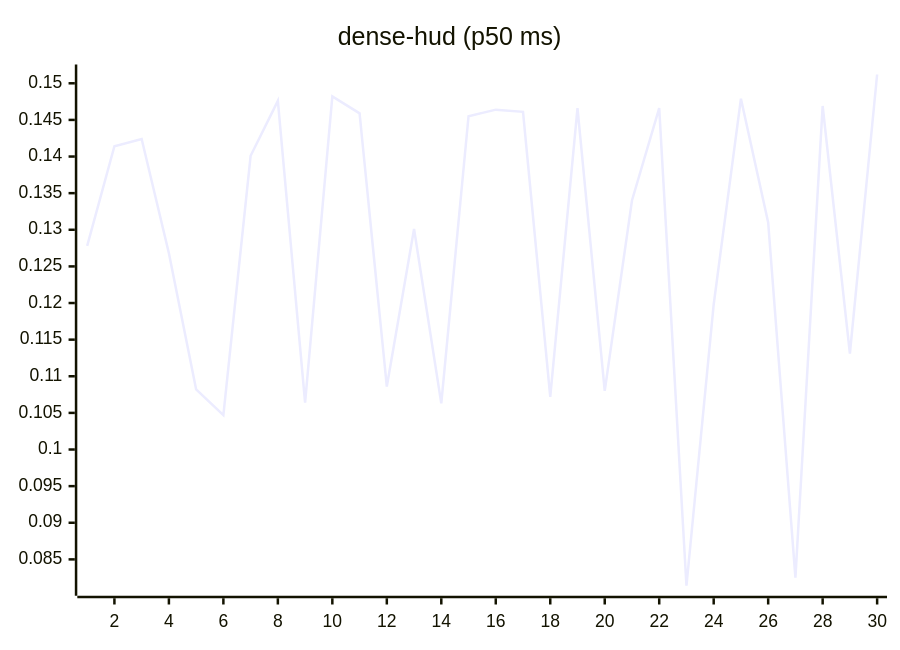
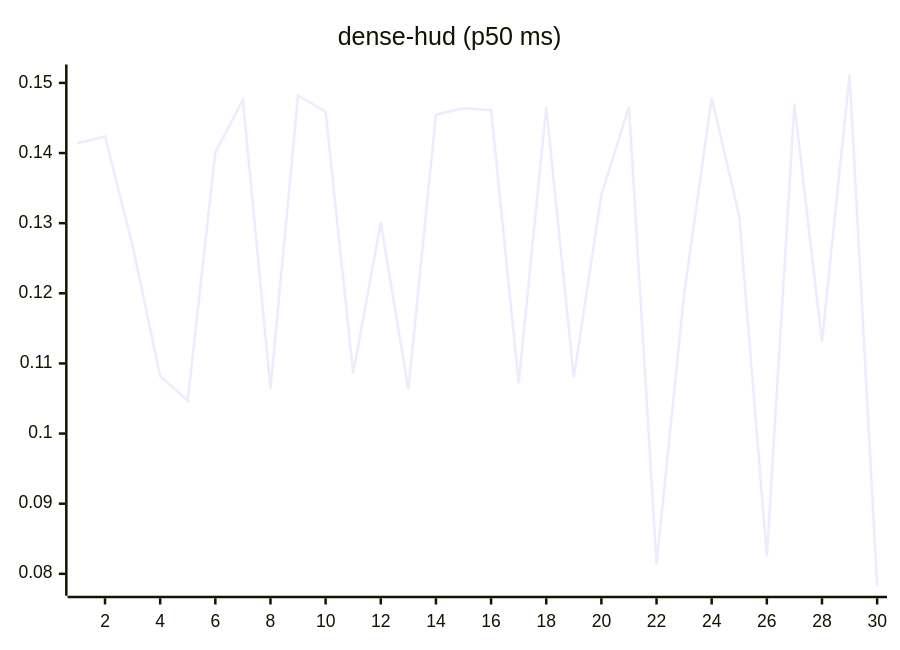
Before and after one commit to josha/Facet: the eighth of 27 diagrams in README.md, drawn with Mermaid. The commit also changed other lines of this file and 2 other files, not shown here.

````diff
--- a/README.md
+++ b/README.md
@@ -112,6 +112,6 @@
 ```mermaid
 xychart-beta
     title "dense-hud (p50 ms)"
     x-axis 1 --> 30
-    line [0.1278, 0.1414, 0.1424, 0.1268, 0.1082, 0.1047, 0.1401, 0.1476, 0.1064, 0.1482, 0.1459, 0.1086, 0.1301, 0.1063, 0.1455, 0.1464, 0.1461, 0.1072, 0.1466, 0.1080, 0.1340, 0.1466, 0.0814, 0.1198, 0.1479, 0.1310, 0.0825, 0.1469, 0.1131, 0.1512]
+    line [0.1414, 0.1424, 0.1268, 0.1082, 0.1047, 0.1401, 0.1476, 0.1064, 0.1482, 0.1459, 0.1086, 0.1301, 0.1063, 0.1455, 0.1464, 0.1461, 0.1072, 0.1466, 0.1080, 0.1340, 0.1466, 0.0814, 0.1198, 0.1479, 0.1310, 0.0825, 0.1469, 0.1131, 0.1512, 0.0783]
 ```
````
